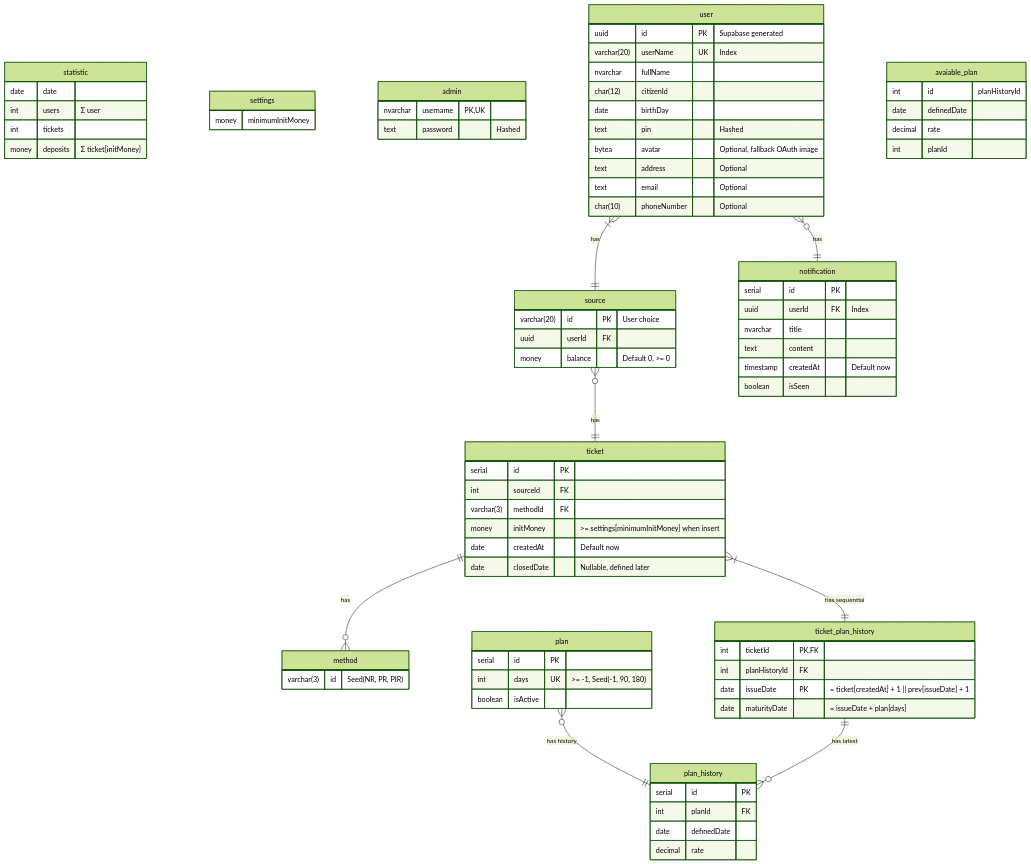
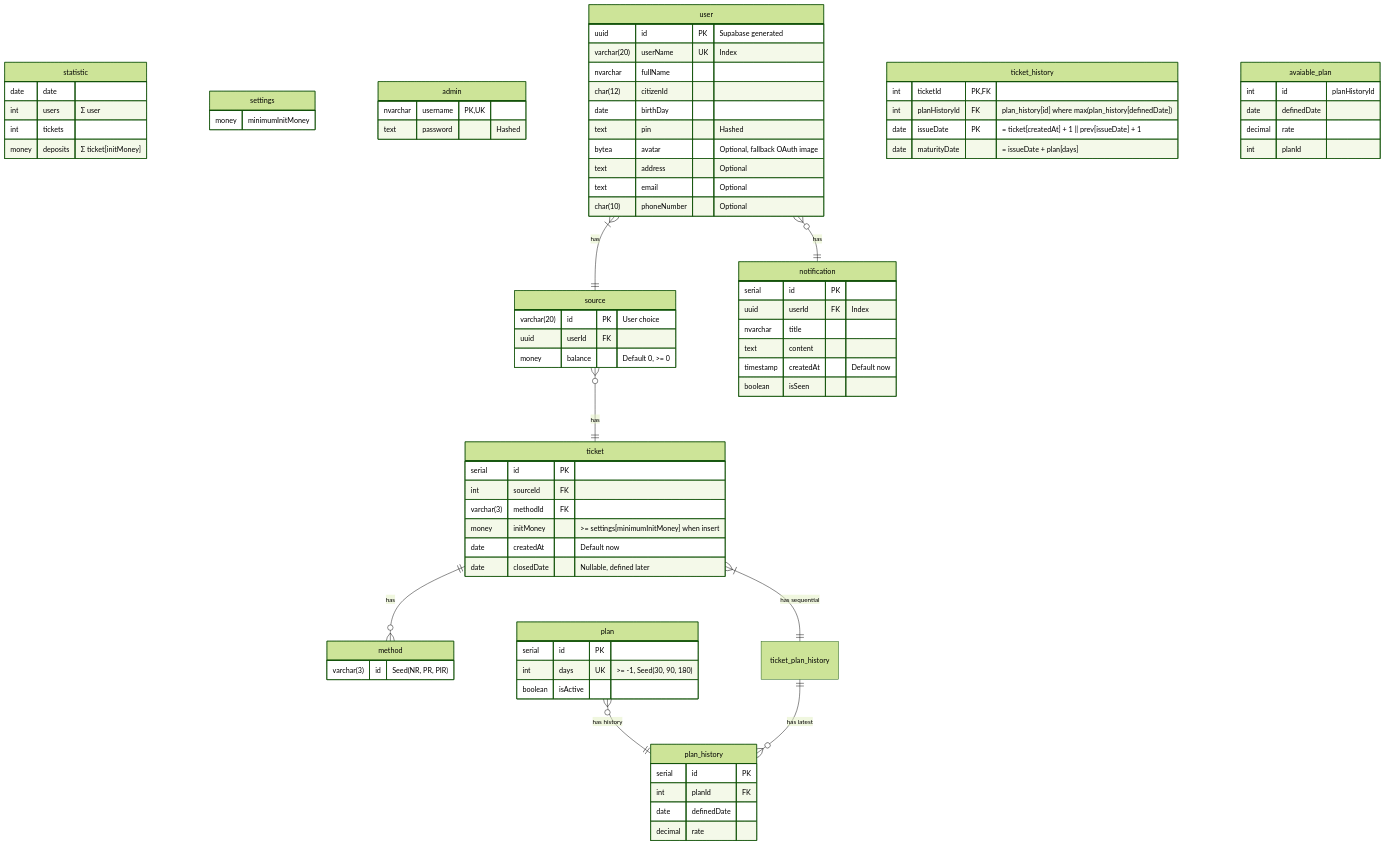
Before and after one commit to coinhub-uit/coinhub-uit.github.io: the diagram in docs/diagrams/database.md, drawn with Mermaid (forest theme).

Commit message:
fix(db): ren plan_history, note field planHistoryId

```diff
--- a/docs/diagrams/database.md
+++ b/docs/diagrams/database.md
@@ -61,16 +61,16 @@
     date closedDate "Nullable, defined later"
   }
 
-  ticket_plan_history {
+  ticket_history {
     int ticketId PK,FK
-    int planHistoryId FK
+    int planHistoryId FK "plan_history[id] where max(plan_history[definedDate])"
     date issueDate PK "= ticket[createdAt] + 1 || prev[issueDate] + 1"
     date maturityDate "= issueDate + plan[days]"
   }
 
   plan {
     serial id PK
-    int days UK ">= -1, Seed(-1, 90, 180)"
+    int days UK ">= -1, Seed(30, 90, 180)"
     boolean isActive
   }
 
```
